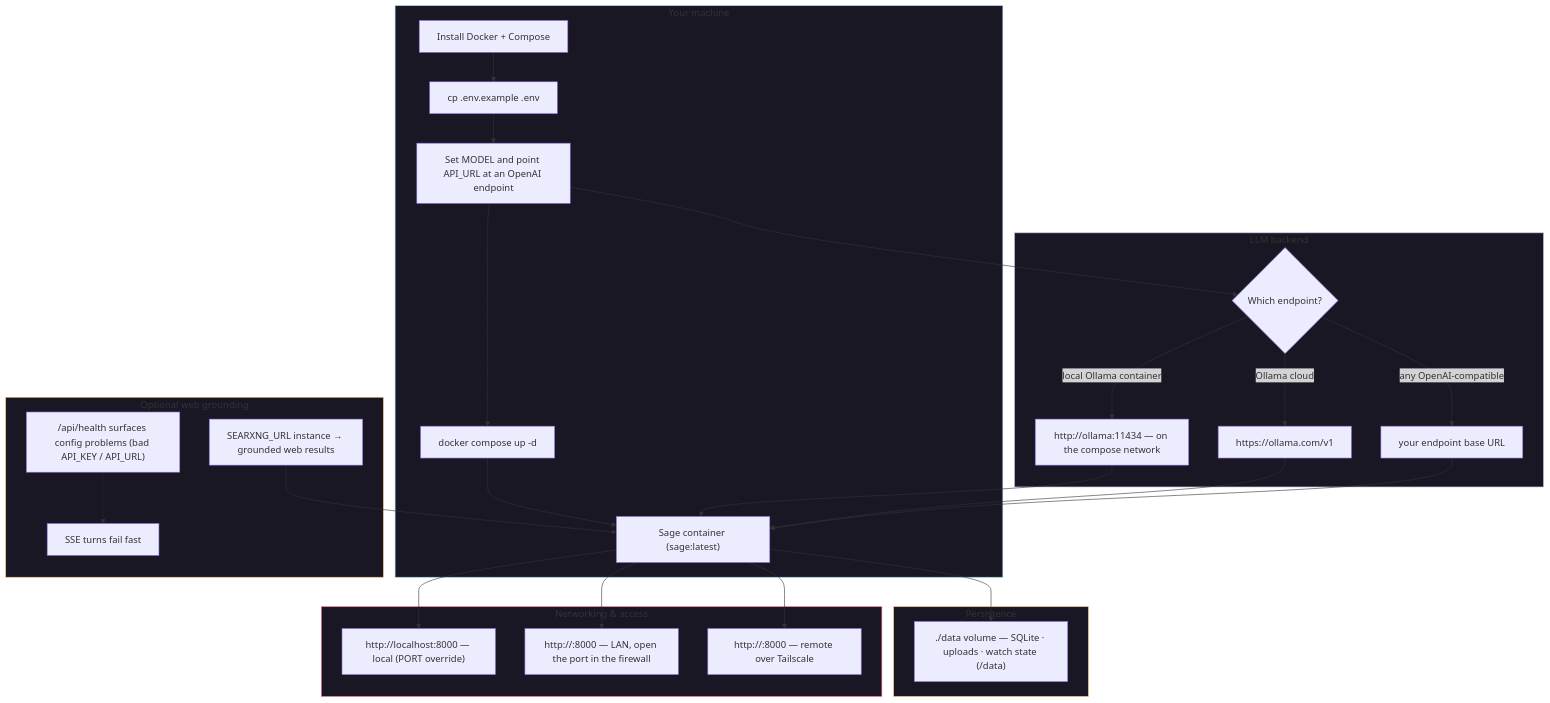
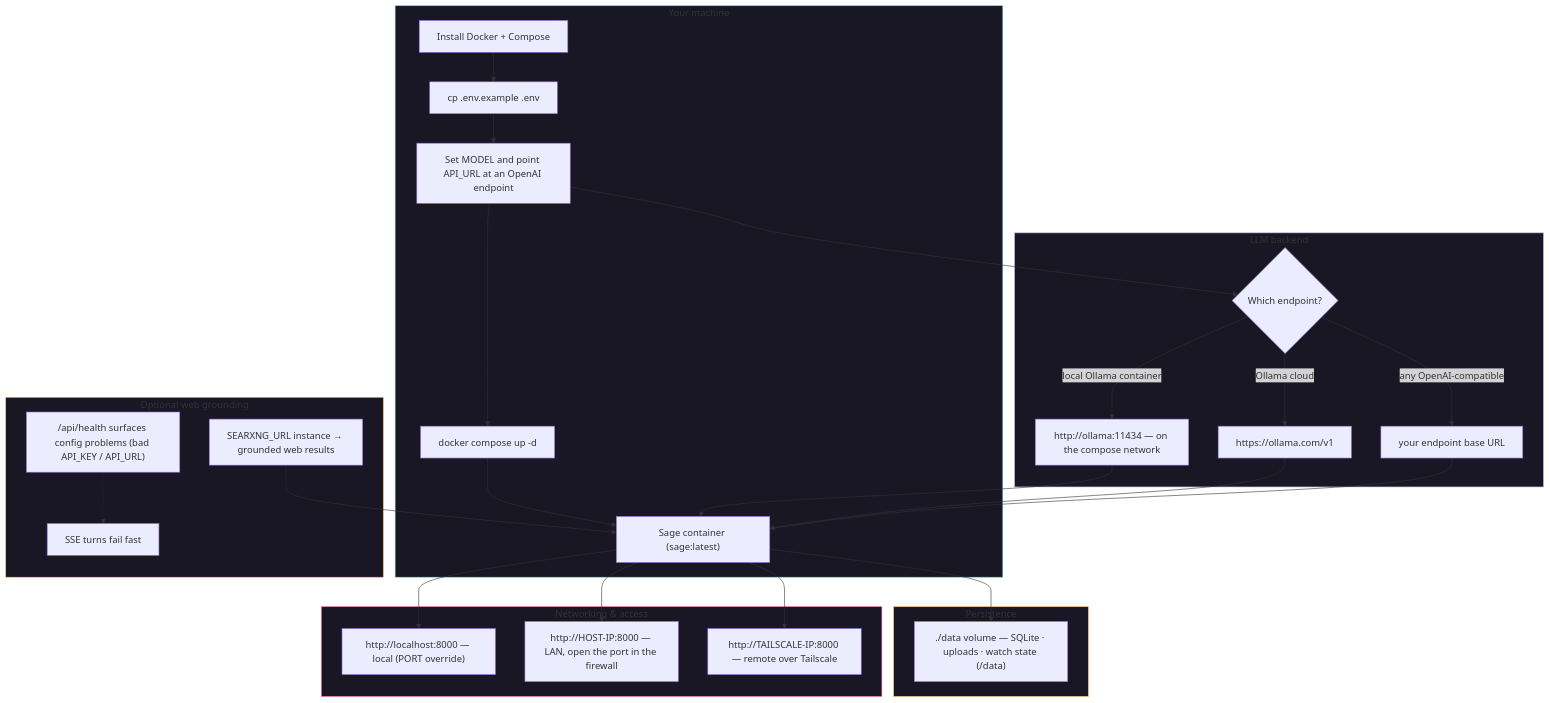
One commit to totallynotbrent/Sage changed the diagram in docs/setup.md. Above: the diagram before and after it, drawn with Mermaid.

Commit message:
drop the angle brackets from the diagram labels

````diff
--- a/docs/setup.md
+++ b/docs/setup.md
@@ -8,35 +8,35 @@
 ```mermaid
 flowchart TB
     subgraph HOST["Your machine"]
         A["Install Docker + Compose"] --> B["cp .env.example .env"]
         B --> C["Set MODEL and point API_URL at an OpenAI endpoint"]
         C --> D["docker compose up -d"]
         D --> E["Sage container (sage:latest)"]
     end
     subgraph DATA["Persistence"]
         E --> F["./data volume — SQLite · uploads · watch state (/data)"]
     end
     subgraph LLM["LLM backend"]
         C --> G{"Which endpoint?"}
         G -->|"local Ollama container"| H["http://ollama:11434 — on the compose network"]
         G -->|"Ollama cloud"| I["https://ollama.com/v1"]
         G -->|"any OpenAI-compatible"| J["your endpoint base URL"]
         H --> E
         I --> E
         J --> E
     end
     subgraph NET["Networking & access"]
         E --> K["http://localhost:8000 — local (PORT override)"]
-        E --> L["http://<host-ip>:8000 — LAN, open the port in the firewall"]
-        E --> M["http://<tailscale-ip>:8000 — remote over Tailscale"]
+        E --> L["http://HOST-IP:8000 — LAN, open the port in the firewall"]
+        E --> M["http://TAILSCALE-IP:8000 — remote over Tailscale"]
     end
     subgraph GROUND["Optional web grounding"]
         N["SEARXNG_URL instance → grounded web results"] --> E
         O["/api/health surfaces config problems (bad API_KEY / API_URL)"] -.-> P["SSE turns fail fast"]
     end
     style HOST fill:#191724,stroke:#9ccfd8
     style LLM fill:#191724,stroke:#c4a7e7
     style NET fill:#191724,stroke:#eb6f92
     style GROUND fill:#191724,stroke:#f6c177
     style DATA fill:#191724,stroke:#f6c177
 ```
````
